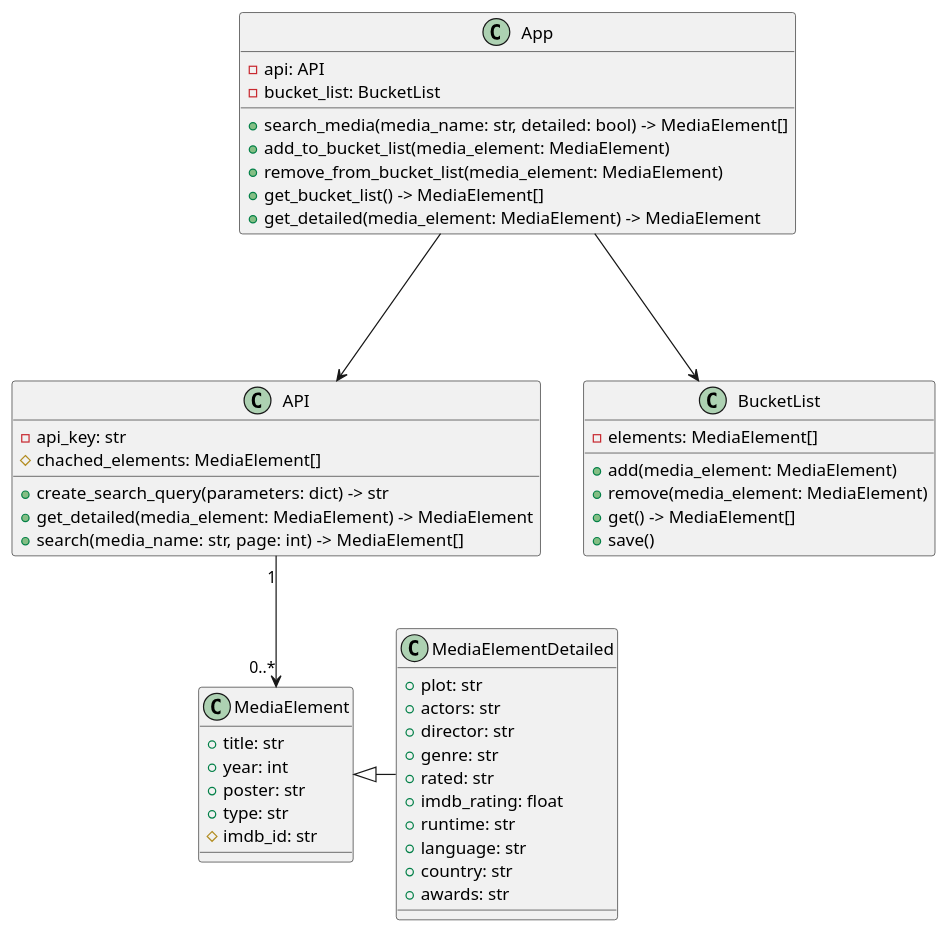
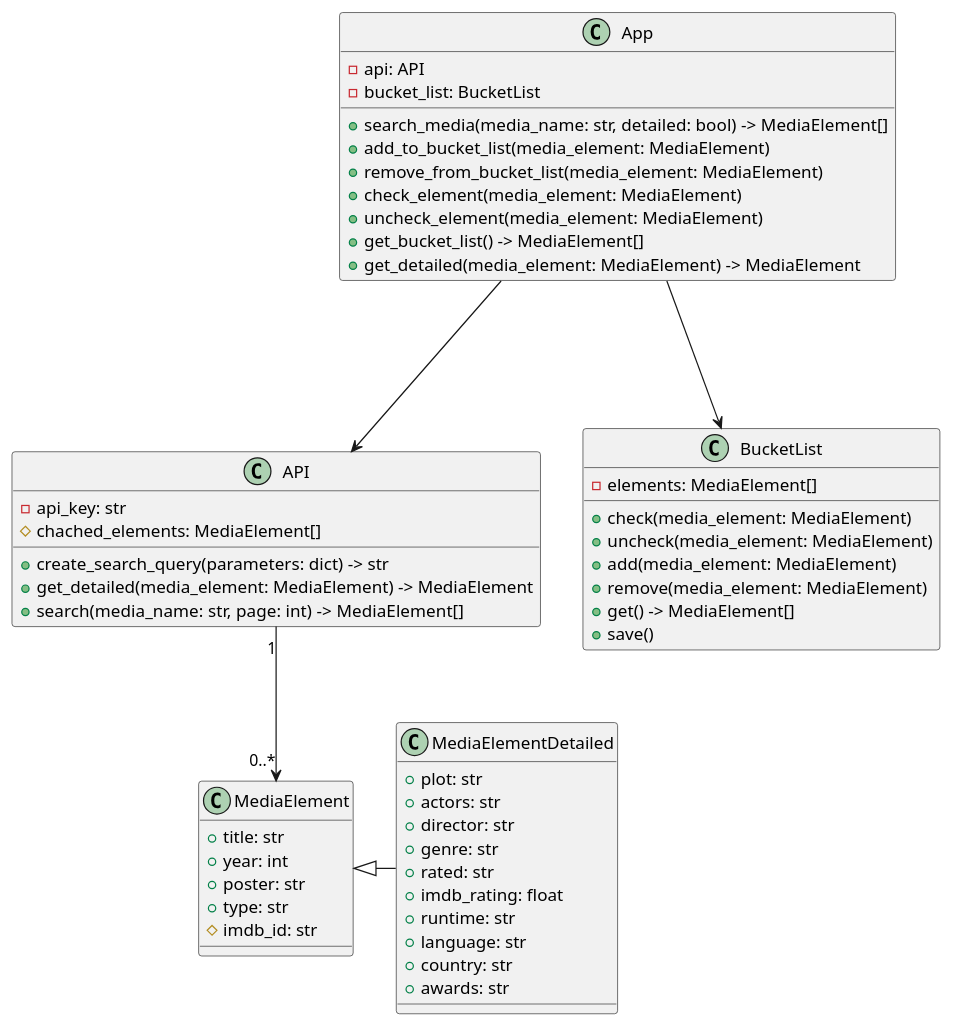
Before and after one commit to sheeshDotExe/IT2-github: the diagram in oppgaver/periode-4/film-api/internals.puml, drawn with PlantUML. The commit also changed 3 other files, not shown here.

```diff
--- a/oppgaver/periode-4/film-api/internals.puml
+++ b/oppgaver/periode-4/film-api/internals.puml
@@ -1,58 +1,62 @@
 @startuml Internals
 
 class App {
     -api: API
     -bucket_list: BucketList
     +search_media(media_name: str, detailed: bool) -> MediaElement[]
     +add_to_bucket_list(media_element: MediaElement)
     +remove_from_bucket_list(media_element: MediaElement)
+    +check_element(media_element: MediaElement)
+    +uncheck_element(media_element: MediaElement)
     +get_bucket_list() -> MediaElement[]
     +get_detailed(media_element: MediaElement) -> MediaElement
 }
 
 class MediaElement {
     +title: str
     +year: int
     +poster: str
     +type: str
     #imdb_id: str
 }
 
 class MediaElementDetailed {
     +plot: str
     +actors: str
     +director: str
     +genre: str
     +rated: str
     +imdb_rating: float
     +runtime: str
     +language: str
     +country: str
     +awards: str
 }
 
 Class API {
     -api_key: str
     #chached_elements: MediaElement[]
 
     + create_search_query(parameters: dict) -> str
     + get_detailed(media_element: MediaElement) -> MediaElement
     + search(media_name: str, page: int) -> MediaElement[]
 }
 
 Class BucketList {
     -elements: MediaElement[]
 
+    + check(media_element: MediaElement)
+    + uncheck(media_element: MediaElement)
     + add(media_element: MediaElement)
     + remove(media_element: MediaElement)
     + get() -> MediaElement[]
     + save()
 }
 
 API "1" --> "0..*" MediaElement
 App ---> API
 App ---> BucketList
 
 MediaElementDetailed -left-|> MediaElement
 
 @enduml
```
